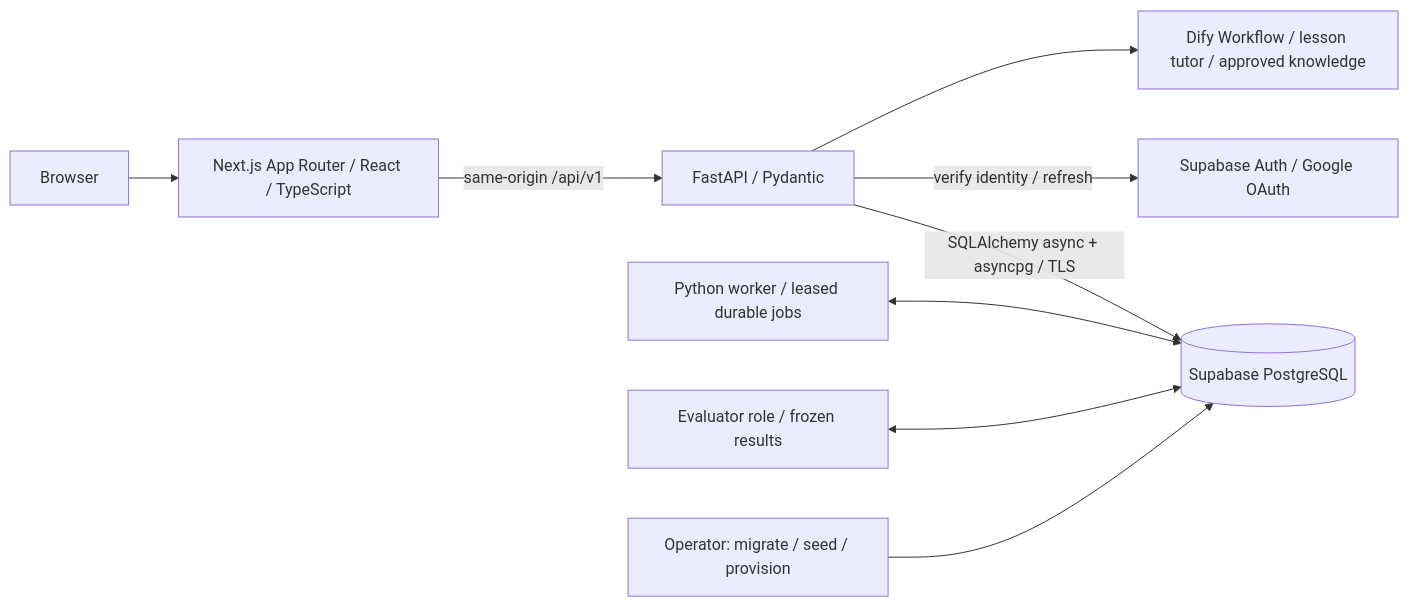
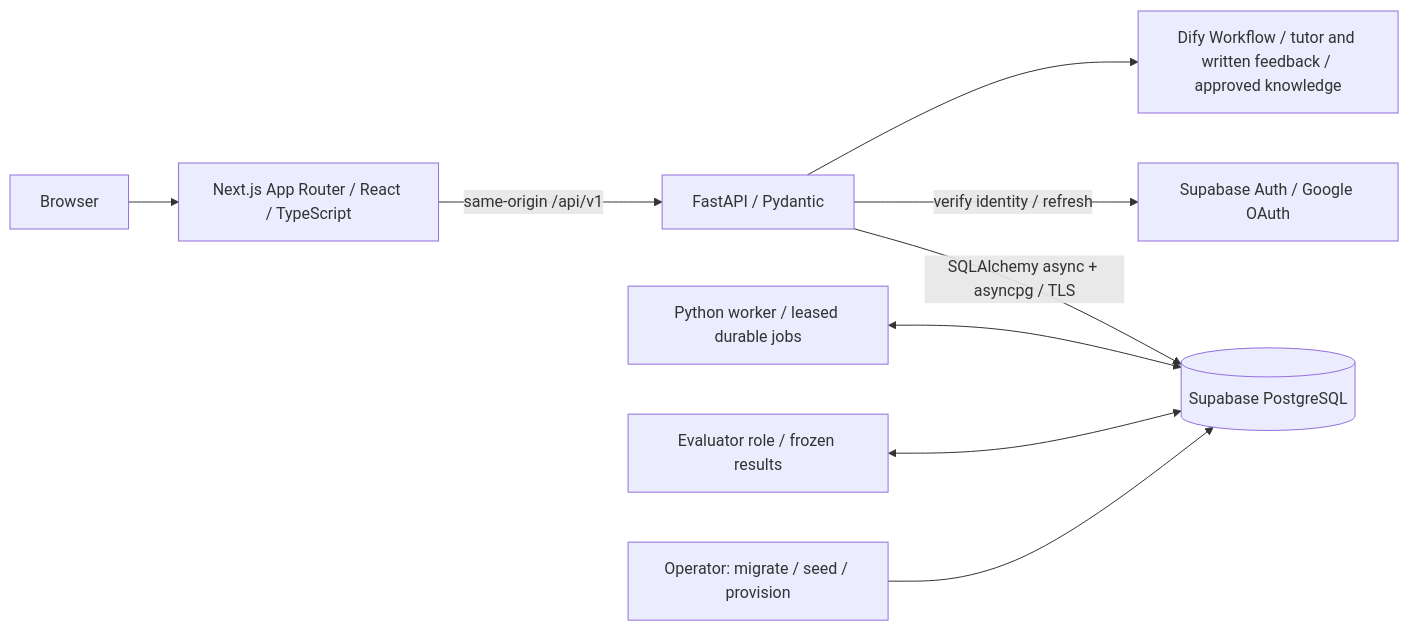
The second of 4 diagrams in docs/current-system.md (IMLV1/SOC), drawn with Mermaid before and after one commit. The commit also changed other lines of this file and 9 other files, not shown here.

Commit message:
Activate shared Dify tutor and written feedback workflow

````diff
--- a/docs/current-system.md
+++ b/docs/current-system.md
@@ -54,11 +54,11 @@
 ```mermaid
 flowchart LR
     U[Browser] --> WEB[Next.js App Router / React / TypeScript]
     WEB -->|same-origin /api/v1| API[FastAPI / Pydantic]
     API -->|verify identity / refresh| AUTH[Supabase Auth / Google OAuth]
     API -->|SQLAlchemy async + asyncpg / TLS| DB[(Supabase PostgreSQL)]
     WORKER[Python worker / leased durable jobs] <--> DB
     EVAL[Evaluator role / frozen results] <--> DB
     OP[Operator: migrate / seed / provision] --> DB
-    API --> DIFY[Dify Workflow / lesson tutor / approved knowledge]
+    API --> DIFY[Dify Workflow / tutor and written feedback / approved knowledge]
 ```
````
